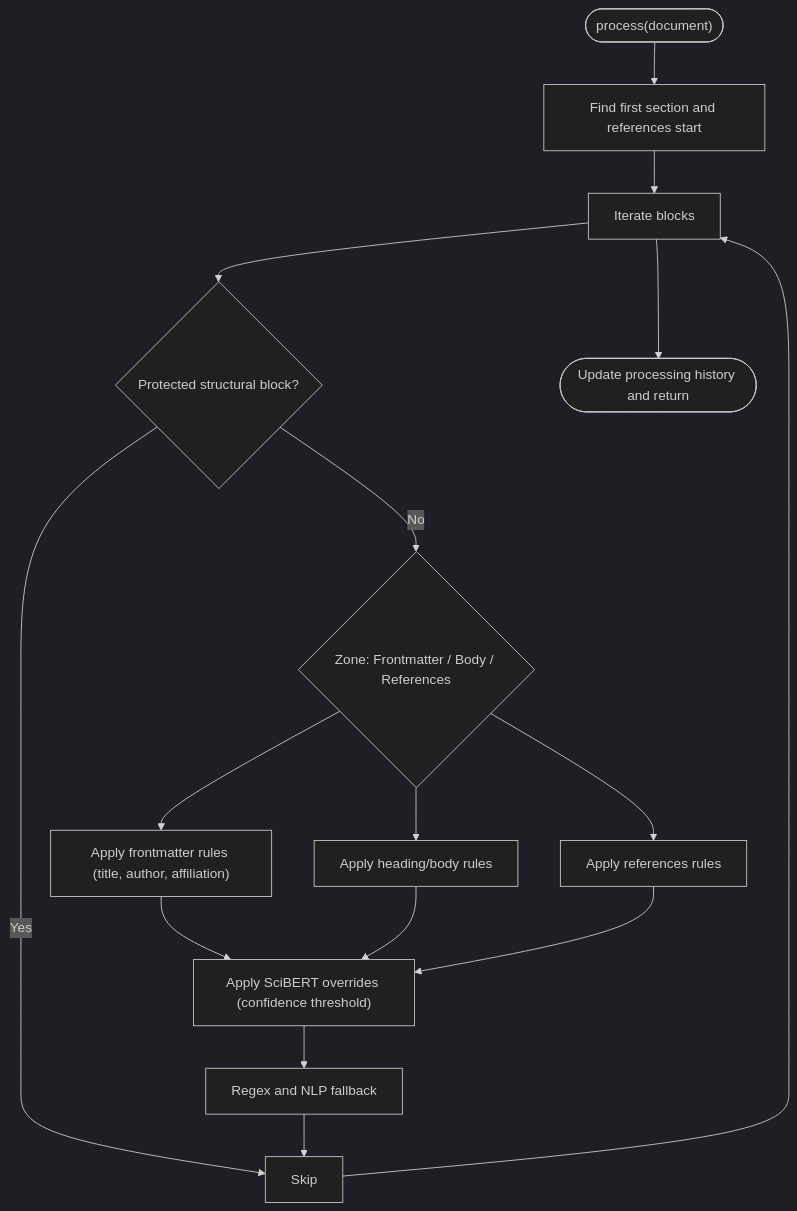
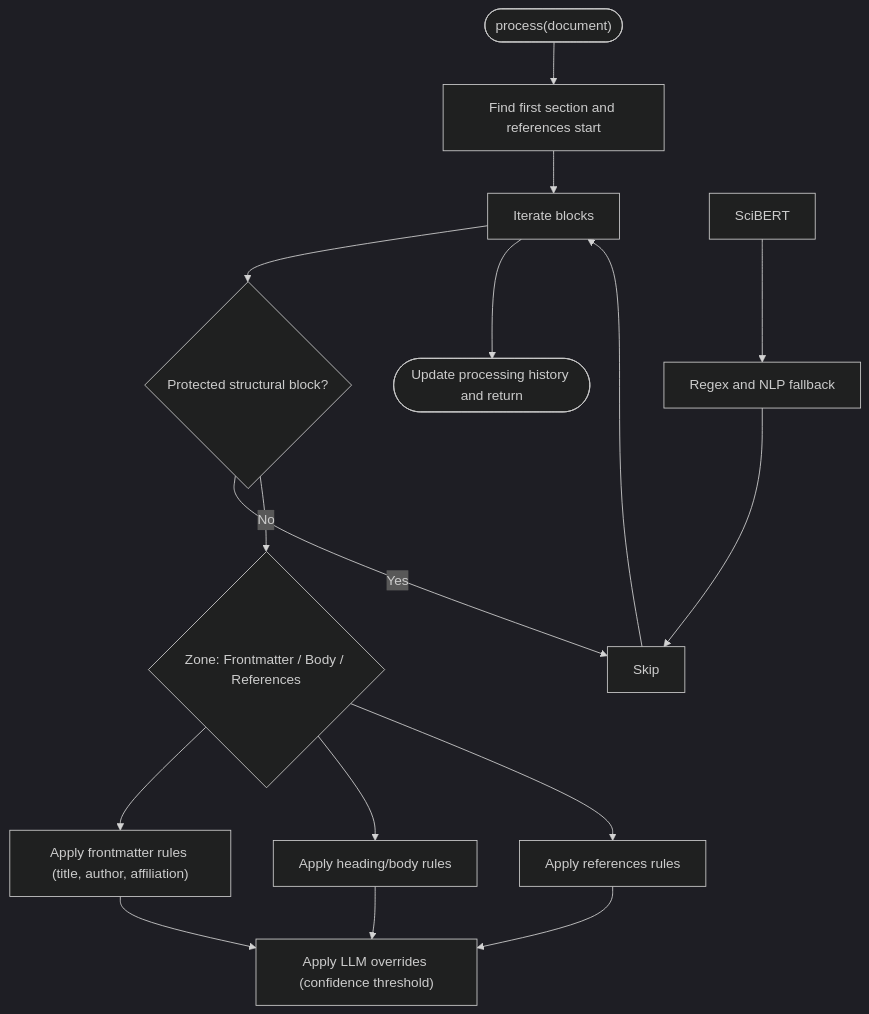
Before and after one commit to rohitkumarnaidu/ScholarFormAI: the sixth of 8 diagrams in .docs/content/Pipeline Processing/AI Analysis.md, drawn with Mermaid (dark theme). The commit also changed other lines of this file and 3 other files, not shown here.

````diff
--- a/.docs/content/Pipeline Processing/AI Analysis.md
+++ b/.docs/content/Pipeline Processing/AI Analysis.md
@@ -268,18 +268,18 @@
 ```mermaid
 flowchart TD
 Start(["process(document)"]) --> FindLandmarks["Find first section and references start"]
 FindLandmarks --> Iterate["Iterate blocks"]
 Iterate --> Protected{"Protected structural block?"}
 Protected --> |Yes| Next["Skip"]
 Protected --> |No| Zone{"Zone: Frontmatter / Body / References"}
 Zone --> Frontmatter["Apply frontmatter rules (title, author, affiliation)"]
 Zone --> Body["Apply heading/body rules"]
 Zone --> References["Apply references rules"]
-Frontmatter --> SciBERT["Apply SciBERT overrides (confidence threshold)"]
-Body --> SciBERT
-References --> SciBERT
+Frontmatter --> LLM["Apply LLM overrides (confidence threshold)"]
+Body --> LLM
+References --> LLM
 SciBERT --> Fallback["Regex and NLP fallback"]
 Fallback --> Next
 Next --> Iterate
 Iterate --> Done(["Update processing history and return"])
 ```
````
